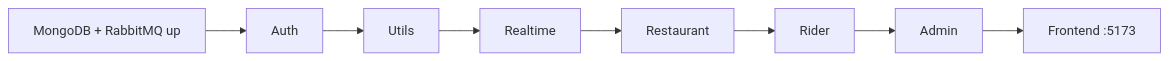
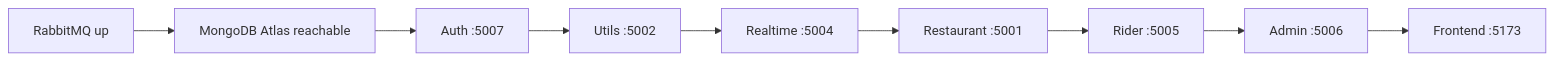
One commit to subhm2004/ByteBites changed diagram 17 of 18 in ARCHITECTURE.md. Above: the diagram before and after it, drawn with Mermaid. The commit also changed other lines of this file and 1 other file, not shown here.

````diff
--- a/ARCHITECTURE.md
+++ b/ARCHITECTURE.md
@@ -365,10 +655,11 @@
 ```mermaid
 flowchart LR
-    A1["MongoDB + RabbitMQ up"] --> A2["Auth"]
-    A2 --> A3["Utils"]
-    A3 --> A4["Realtime"]
-    A4 --> A5["Restaurant"]
-    A5 --> A6["Rider"]
-    A6 --> A7["Admin"]
+    A0["RabbitMQ up"] --> A1["MongoDB Atlas reachable"]
+    A1 --> A2["Auth :5007"]
+    A2 --> A3["Utils :5002"]
+    A3 --> A4["Realtime :5004"]
+    A4 --> A5["Restaurant :5001"]
+    A5 --> A6["Rider :5005"]
+    A6 --> A7["Admin :5006"]
     A7 --> A8["Frontend :5173"]
 ```
````
